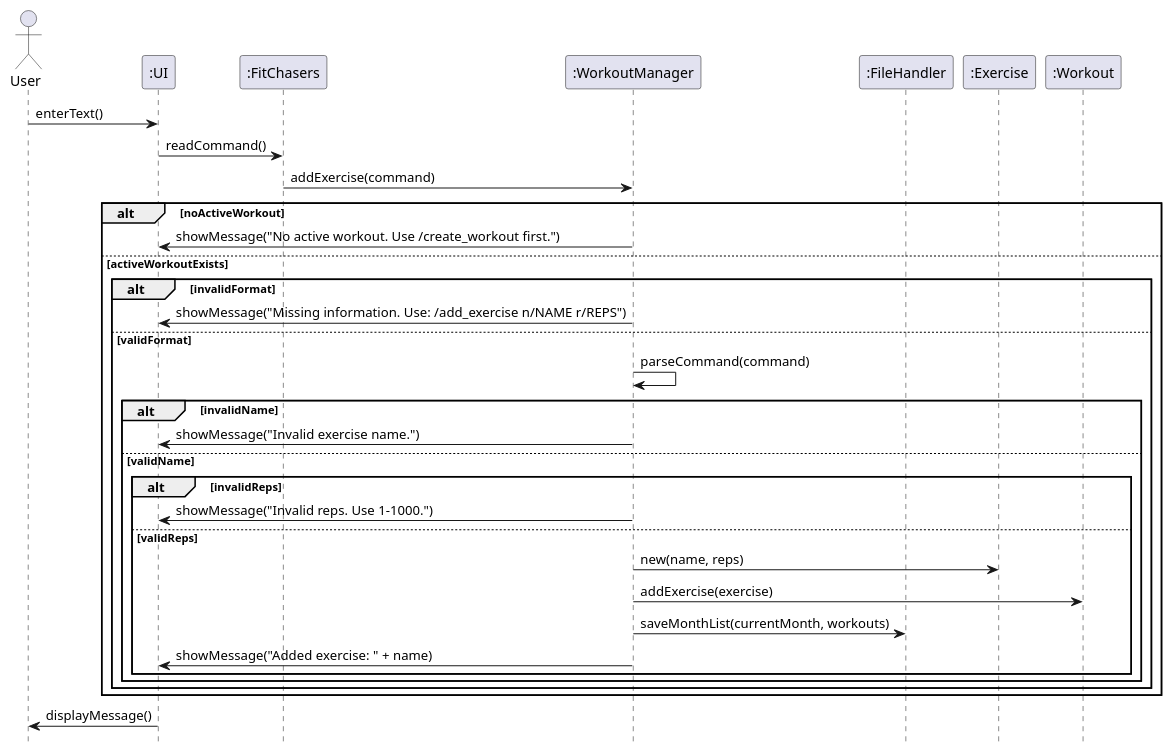
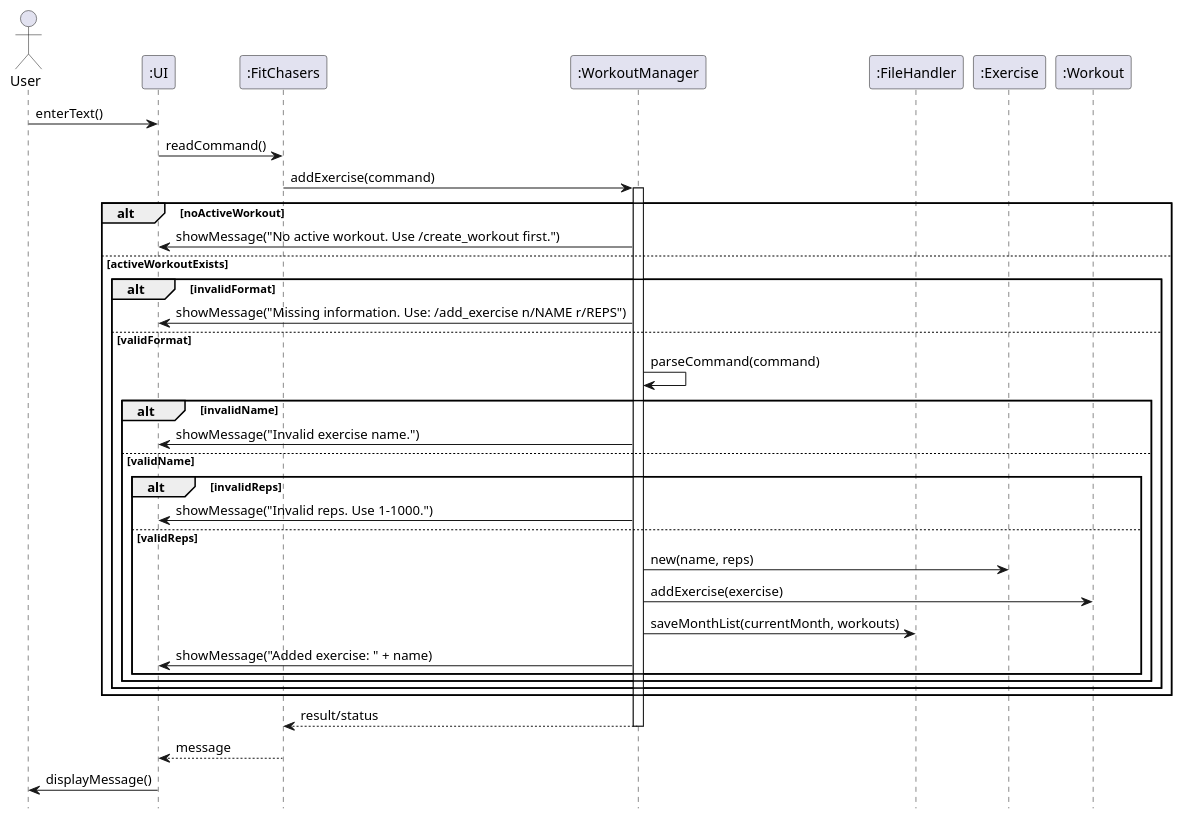
The diagram in docs/diagrams/SD_addex.puml (Exceptional-Khoi/tp), drawn with PlantUML before and after one commit. The commit also changed 9 other files, not shown here.

Commit message:
Added object diagrams

```diff
--- a/docs/diagrams/SD_addex.puml
+++ b/docs/diagrams/SD_addex.puml
@@ -1,44 +1,47 @@
 @startuml
-
-' --- Styling (kept minimal & consistent) ---
 skinparam sequenceParticipantType rectangle
 skinparam shadowing false
 skinparam responseMessageBelowArrow true
 hide footbox
 
-actor    User
+actor User
 participant ":UI" as UI
 participant ":FitChasers" as App
 participant ":WorkoutManager" as WM
 participant ":FileHandler" as FH
 participant ":Exercise" as E
 participant ":Workout" as W
 
 User -> UI : enterText()
 UI -> App : readCommand()
 App -> WM : addExercise(command)
+activate WM
 
 alt noActiveWorkout
   WM -> UI : showMessage("No active workout. Use /create_workout first.")
 else activeWorkoutExists
   alt invalidFormat
     WM -> UI : showMessage("Missing information. Use: /add_exercise n/NAME r/REPS")
   else validFormat
     WM -> WM : parseCommand(command)
     alt invalidName
       WM -> UI : showMessage("Invalid exercise name.")
     else validName
       alt invalidReps
         WM -> UI : showMessage("Invalid reps. Use 1–1000.")
       else validReps
         WM -> E : new(name, reps)
         WM -> W : addExercise(exercise)
         WM -> FH : saveMonthList(currentMonth, workouts)
         WM -> UI : showMessage("Added exercise: " + name)
       end
     end
   end
 end
 
+WM --> App : result/status
+deactivate WM
+
+App --> UI : message
 UI -> User : displayMessage()
 @enduml
```
